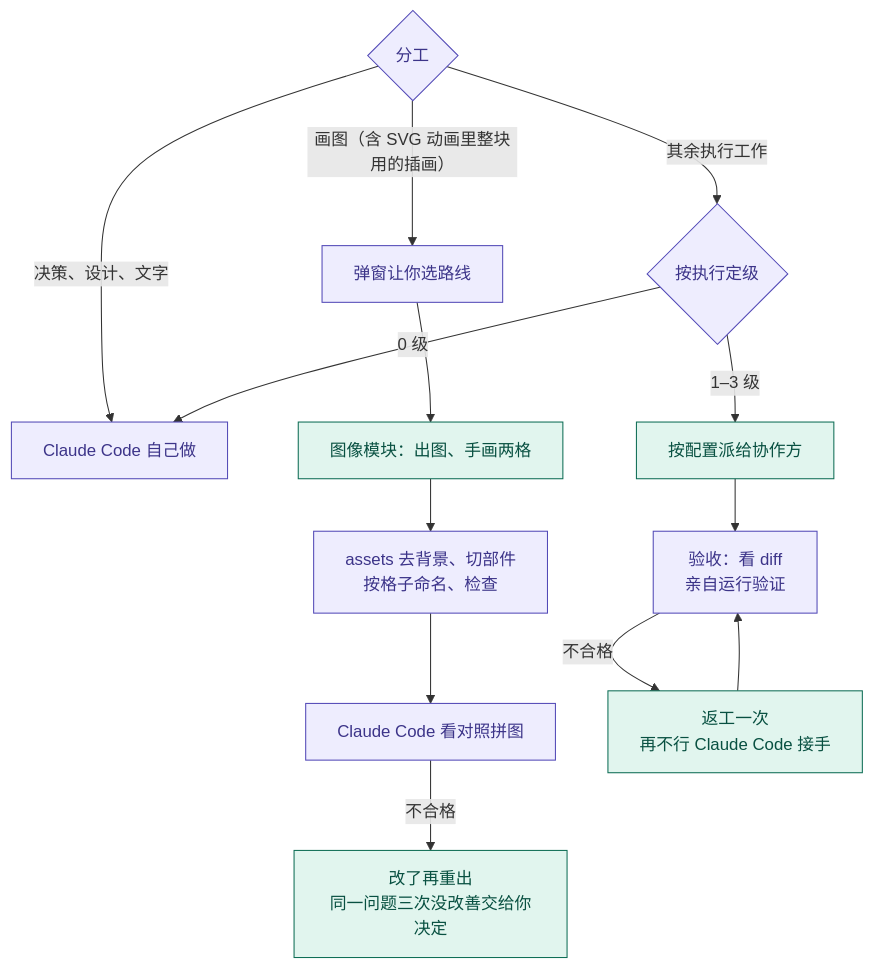
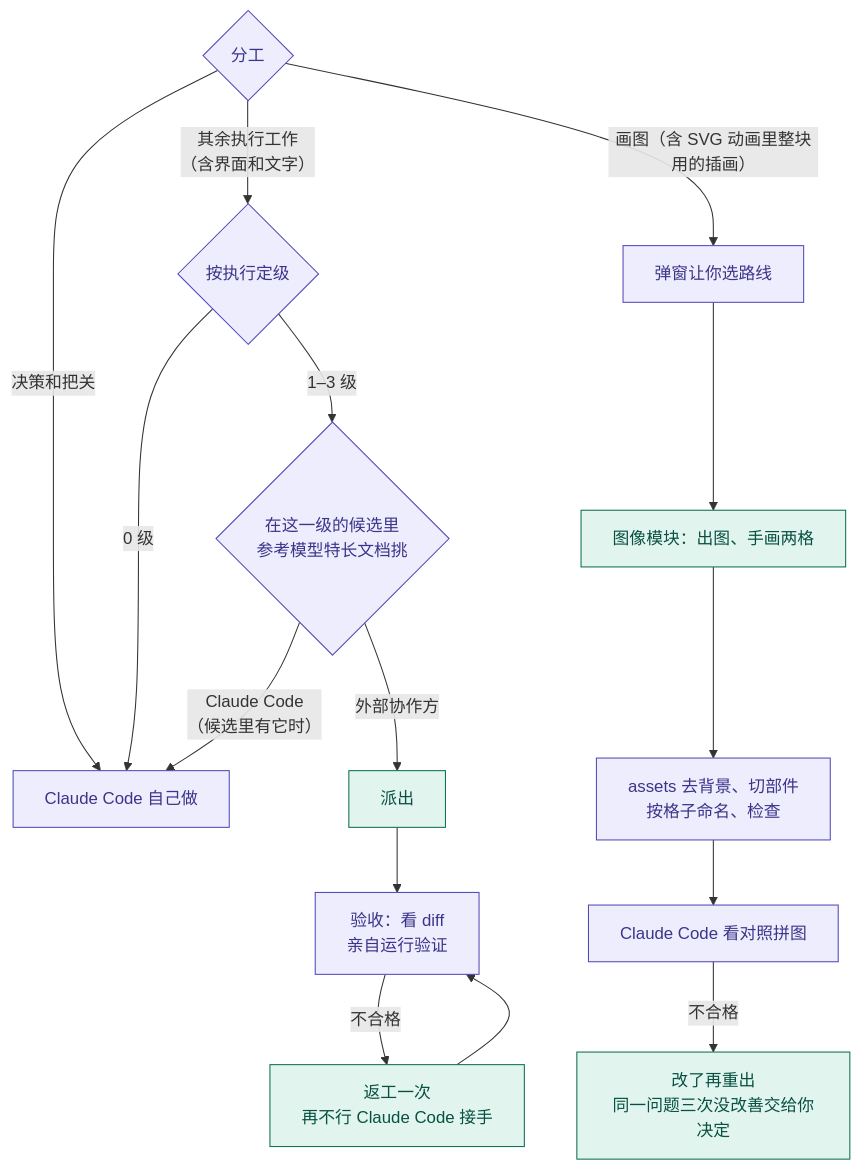
The third of 4 diagrams in README.zh-CN.md (DaydayupV/claude-foreman), drawn with Mermaid before and after one commit. The commit also changed other lines of this file and 25 other files, not shown here.

````diff
--- a/README.zh-CN.md
+++ b/README.zh-CN.md
@@ -116,20 +116,22 @@
 ```mermaid
 flowchart TD
-    r0{"分工"} -- "决策、设计、文字" --> rself["Claude Code 自己做"]
+    r0{"分工"} -- "决策和把关" --> rself["Claude Code 自己做"]
     r0 -- "画图（含 SVG 动画里整块用的插画）" --> rroute["弹窗让你选路线"]
     rroute --> rimg["图像模块：出图、手画两格"]
-    r0 -- "其余执行工作" --> rlevel{"按执行定级"}
+    r0 -- "其余执行工作<br/>（含界面和文字）" --> rlevel{"按执行定级"}
     rlevel -- "0 级" --> rself
-    rlevel -- "1–3 级" --> rrun["按配置派给协作方"]
+    rlevel -- "1–3 级" --> rpick{"在这一级的候选里<br/>参考模型特长文档挑"}
+    rpick -- "Claude Code<br/>（候选里有它时）" --> rself
+    rpick -- "外部协作方" --> rrun["派出"]
     rrun --> rcheck["验收：看 diff<br/>亲自运行验证"]
     rimg --> rasset["assets 去背景、切部件<br/>按格子命名、检查"]
     rasset --> rimgcheck["Claude Code 看对照拼图"]
     rimgcheck -- "不合格" --> rimgredo["改了再重出<br/>同一问题三次没改善交给你决定"]
     rcheck -- "不合格" --> rrework["返工一次<br/>再不行 Claude Code 接手"]
     rrework --> rcheck
 
     classDef claude fill:#EEEDFE,stroke:#534AB7,color:#3C3489
     classDef agent fill:#E1F5EE,stroke:#0F6E56,color:#085041
-    class r0,rself,rroute,rlevel,rcheck,rasset,rimgcheck claude
+    class r0,rself,rroute,rlevel,rpick,rcheck,rasset,rimgcheck claude
     class rimg,rrun,rrework,rimgredo agent
 ```
````
